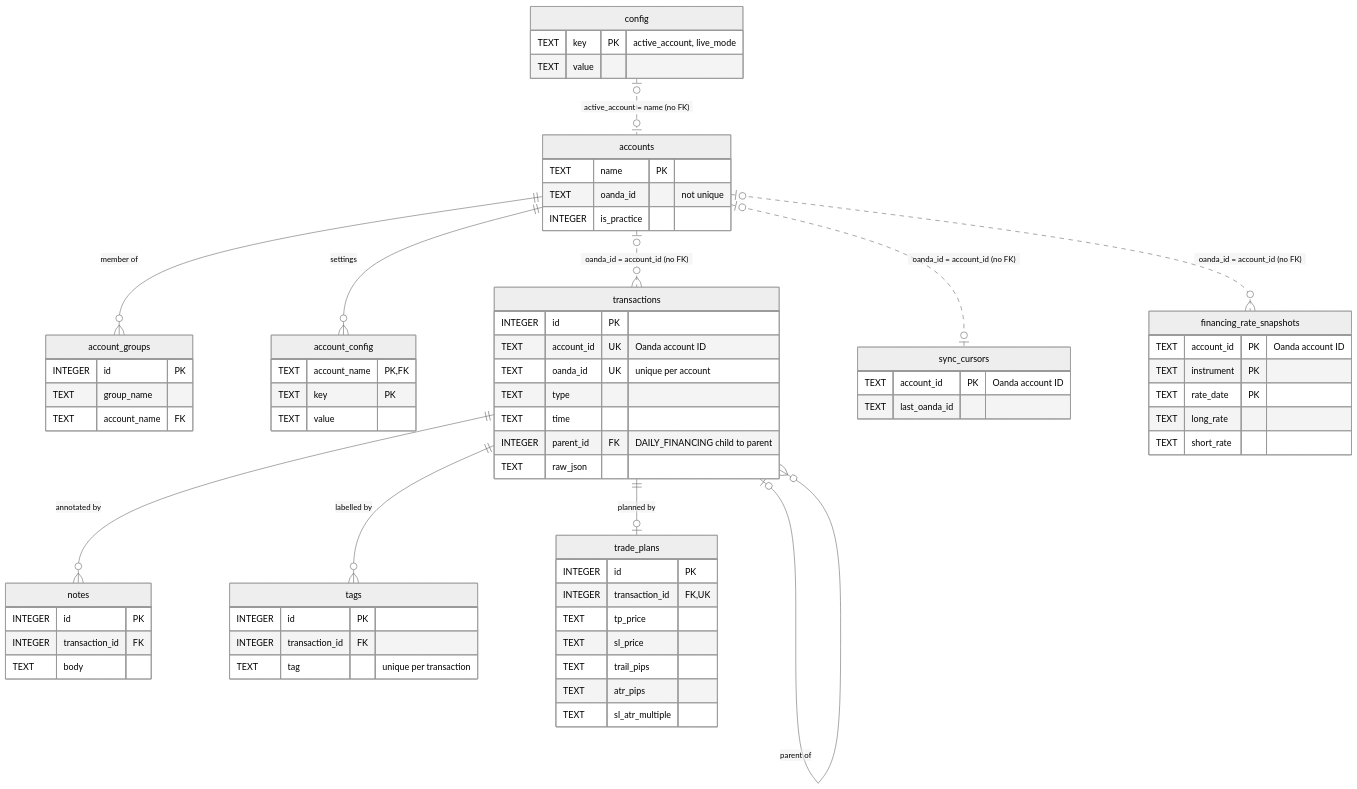
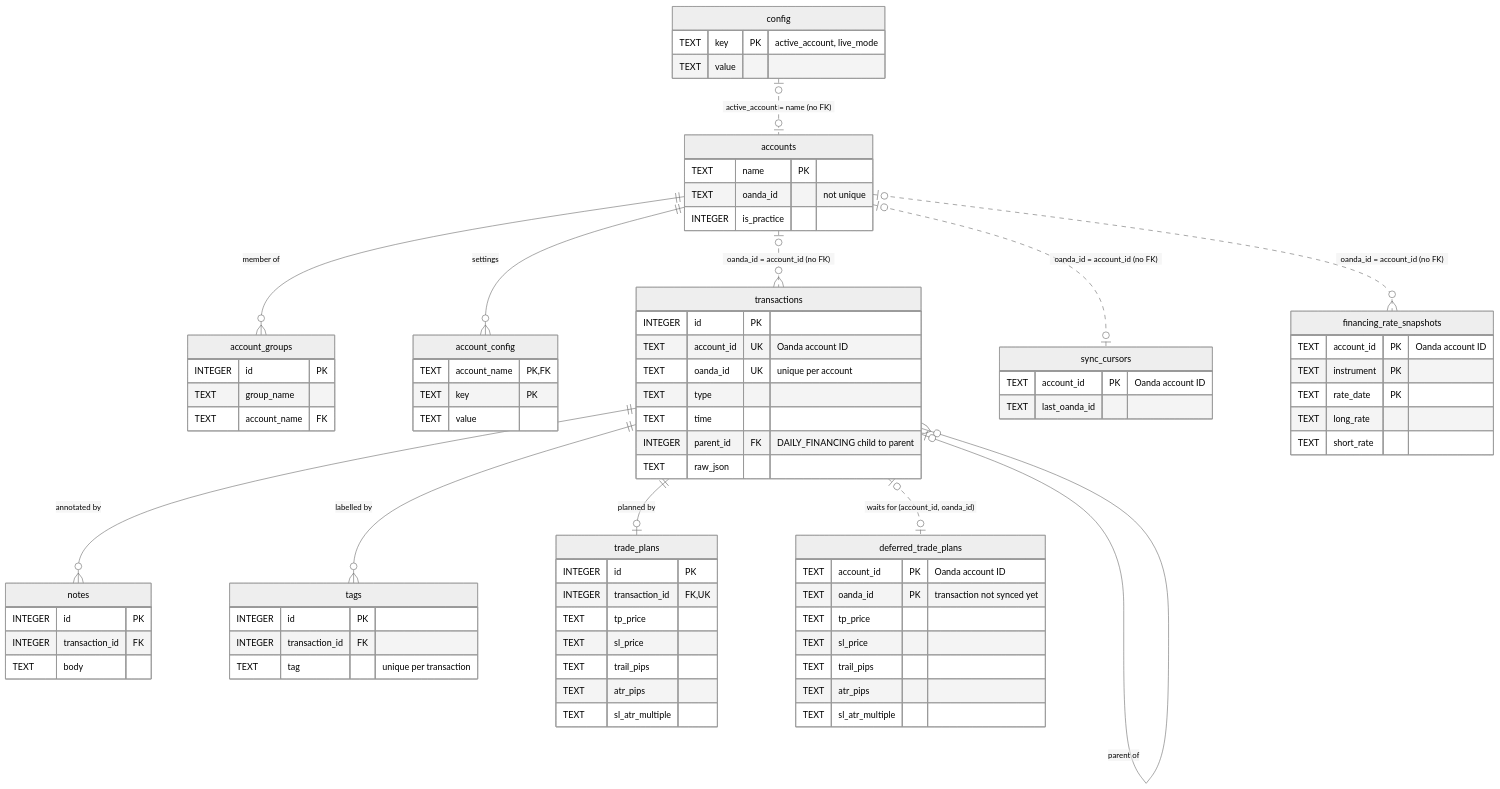
One commit to RagBillySandstone/frmj changed the sixth of 6 diagrams in docs/architecture.md. Above: the diagram before and after it, drawn with Mermaid (neutral theme). The commit also changed other lines of this file and 1 other file, not shown here.

First line of the commit message:
docs: document deferred trade plans

````diff
--- a/docs/architecture.md
+++ b/docs/architecture.md
@@ -466,72 +471,82 @@
 ```mermaid
 erDiagram
     accounts {
         TEXT name PK
         TEXT oanda_id "not unique"
         INTEGER is_practice
     }
     account_groups {
         INTEGER id PK
         TEXT group_name
         TEXT account_name FK
     }
     account_config {
         TEXT account_name PK, FK
         TEXT key PK
         TEXT value
     }
     config {
         TEXT key PK "active_account, live_mode"
         TEXT value
     }
     transactions {
         INTEGER id PK
         TEXT account_id UK "Oanda account ID"
         TEXT oanda_id UK "unique per account"
         TEXT type
         TEXT time
         INTEGER parent_id FK "DAILY_FINANCING child to parent"
         TEXT raw_json
     }
     notes {
         INTEGER id PK
         INTEGER transaction_id FK
         TEXT body
     }
     tags {
         INTEGER id PK
         INTEGER transaction_id FK
         TEXT tag "unique per transaction"
     }
     trade_plans {
         INTEGER id PK
         INTEGER transaction_id FK, UK
         TEXT tp_price
         TEXT sl_price
         TEXT trail_pips
         TEXT atr_pips
         TEXT sl_atr_multiple
     }
+    deferred_trade_plans {
+        TEXT account_id PK "Oanda account ID"
+        TEXT oanda_id PK "transaction not synced yet"
+        TEXT tp_price
+        TEXT sl_price
+        TEXT trail_pips
+        TEXT atr_pips
+        TEXT sl_atr_multiple
+    }
     sync_cursors {
         TEXT account_id PK "Oanda account ID"
         TEXT last_oanda_id
     }
     financing_rate_snapshots {
         TEXT account_id PK "Oanda account ID"
         TEXT instrument PK
         TEXT rate_date PK
         TEXT long_rate
         TEXT short_rate
     }
 
     accounts ||--o{ account_groups : "member of"
     accounts ||--o{ account_config : "settings"
     transactions ||--o{ notes : "annotated by"
     transactions ||--o{ tags : "labelled by"
     transactions ||--o| trade_plans : "planned by"
     transactions |o--o{ transactions : "parent of"
     accounts |o..o{ transactions : "oanda_id = account_id (no FK)"
     accounts |o..o| sync_cursors : "oanda_id = account_id (no FK)"
     accounts |o..o{ financing_rate_snapshots : "oanda_id = account_id (no FK)"
+    transactions |o..o| deferred_trade_plans : "waits for (account_id, oanda_id)"
     config |o..o| accounts : "active_account = name (no FK)"
 ```
````
